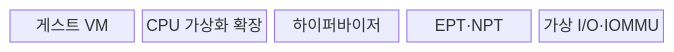
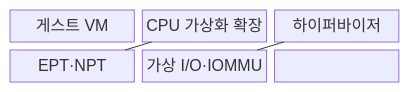
One commit to agnusdei1207/knowledge-base changed the first of 2 diagrams in src/content/docs/notes/02-hardware/085_hardware_virtualization.md. Above: the diagram before and after it, drawn with Mermaid. The commit also changed other lines of this file and 86 other files, not shown here.

````diff
--- a/src/content/docs/notes/02-hardware/085_hardware_virtualization.md
+++ b/src/content/docs/notes/02-hardware/085_hardware_virtualization.md
@@ -74,9 +74,12 @@
 ```mermaid
-block
-  columns 5
+block-beta
+  columns 3
   G["게스트 VM"]
   C["CPU 가상화 확장"]
   H["하이퍼바이저"]
   M["EPT·NPT"]
   I["가상 I/O·IOMMU"]
+  G --- C --- H
+  C --- M
+  H --- I
 ```
````
